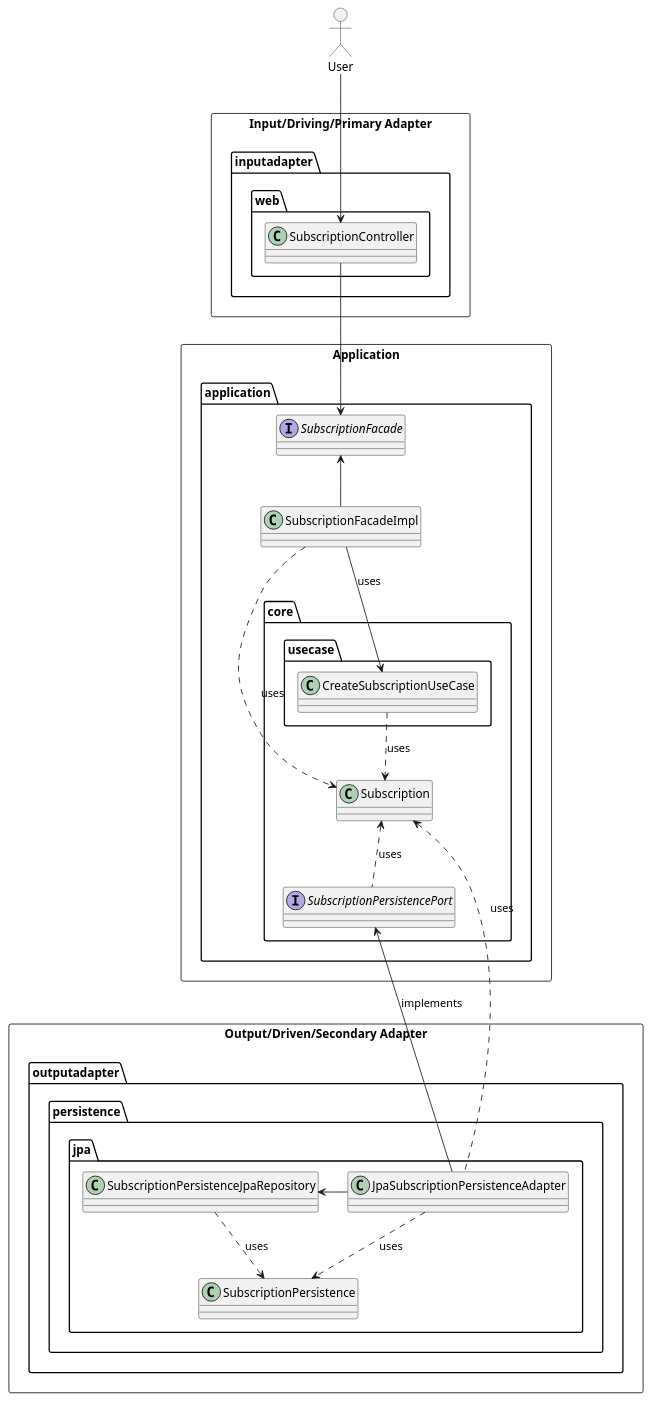
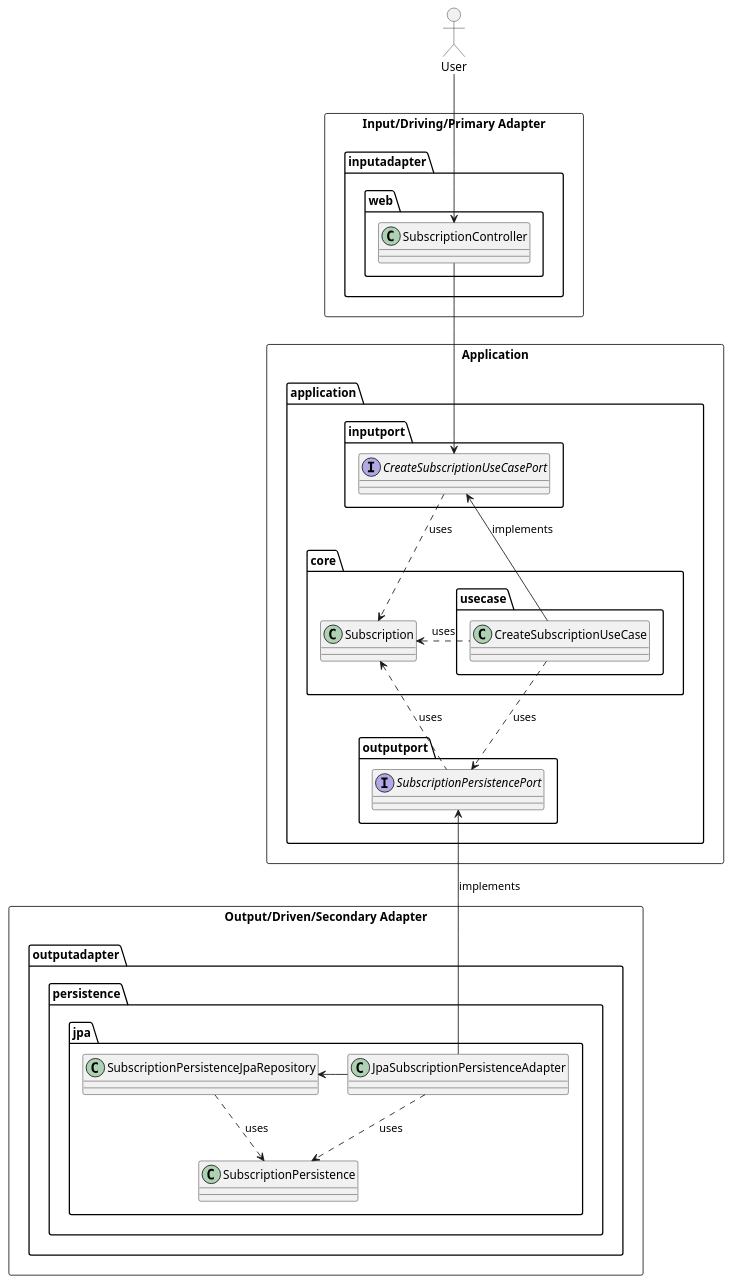
Before and after one commit to abchau/architecture-by-examples: the diagram in hex/docs/diagrams/class.puml, drawn with PlantUML. The commit also changed 12 other files, not shown here.

```diff
--- a/hex/docs/diagrams/class.puml
+++ b/hex/docs/diagrams/class.puml
@@ -1,59 +1,59 @@
 @startuml
 allowmixing
 
 rectangle "Input/Driving/Primary Adapter" {
 	package inputadapter {
 		package web {
 			class SubscriptionController
 		}
 	}
 }
 
 rectangle "Application" {
 	package application {
-		interface SubscriptionFacade
-		class SubscriptionFacadeImpl
+		package inputport {
+			interface CreateSubscriptionUseCasePort
+		}
 
 		package core {
 			class Subscription
-			interface SubscriptionPersistencePort
-
 			package usecase {
 				class CreateSubscriptionUseCase
 			}
+		}
+
+		package outputport {
+			interface SubscriptionPersistencePort
 		}
 	}
 }
 
 rectangle "Output/Driven/Secondary Adapter" {
 	package outputadapter {
 		package persistence {
 			package jpa {
 				class JpaSubscriptionPersistenceAdapter
 				class SubscriptionPersistenceJpaRepository
 				class SubscriptionPersistence
 			}
 		}
 	}
 }
 
 actor User
 User -down-> SubscriptionController
 
-SubscriptionController -down-> SubscriptionFacade
-SubscriptionFacadeImpl -up-> SubscriptionFacade
-SubscriptionFacadeImpl .down.> Subscription: uses
-
-
-SubscriptionFacadeImpl -down-> CreateSubscriptionUseCase: uses
-CreateSubscriptionUseCase ..> Subscription: uses
+SubscriptionController -down-> CreateSubscriptionUseCasePort
+CreateSubscriptionUseCasePort .down.> Subscription: uses
+CreateSubscriptionUseCase -up-> CreateSubscriptionUseCasePort: implements
+CreateSubscriptionUseCase .left.> Subscription: uses
+CreateSubscriptionUseCase .down.> SubscriptionPersistencePort: uses
 
 SubscriptionPersistencePort .up.> Subscription: uses
-JpaSubscriptionPersistenceAdapter .up.> Subscription: uses
 
 JpaSubscriptionPersistenceAdapter -up-> SubscriptionPersistencePort: implements
 JpaSubscriptionPersistenceAdapter -left-> SubscriptionPersistenceJpaRepository
 SubscriptionPersistenceJpaRepository ..> SubscriptionPersistence: uses
 JpaSubscriptionPersistenceAdapter ..> SubscriptionPersistence: uses
 
 @enduml
```
